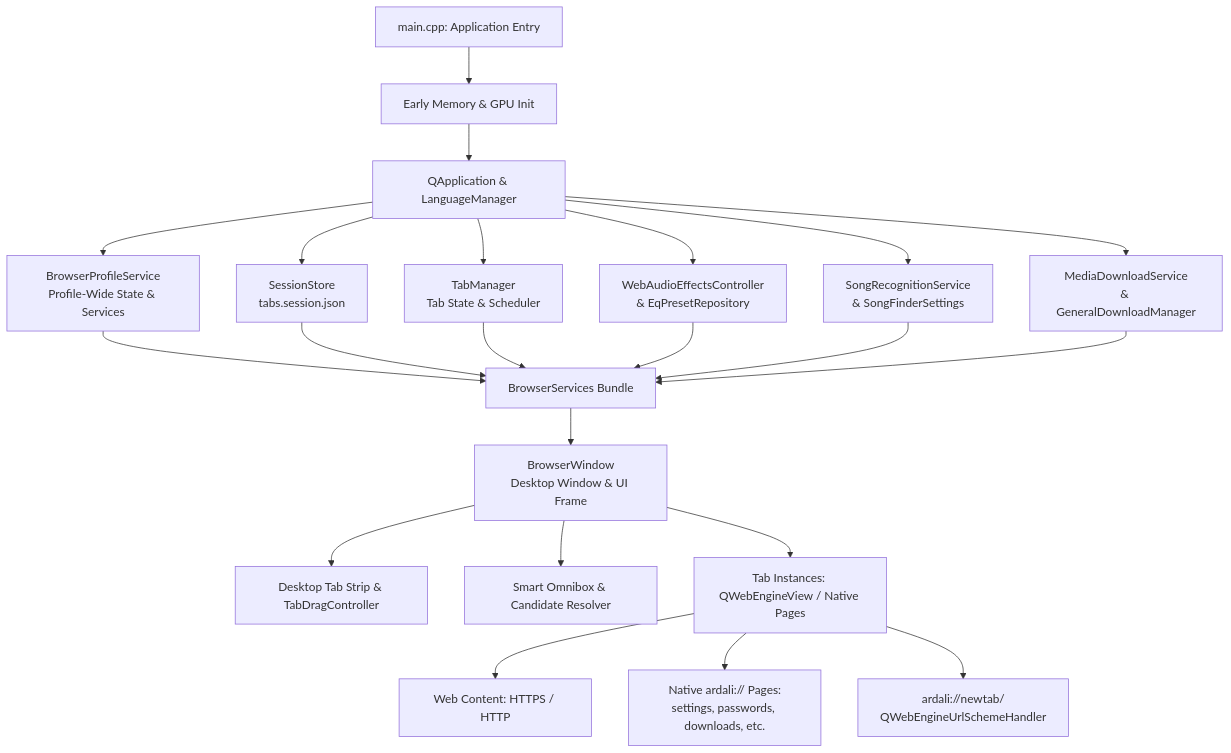
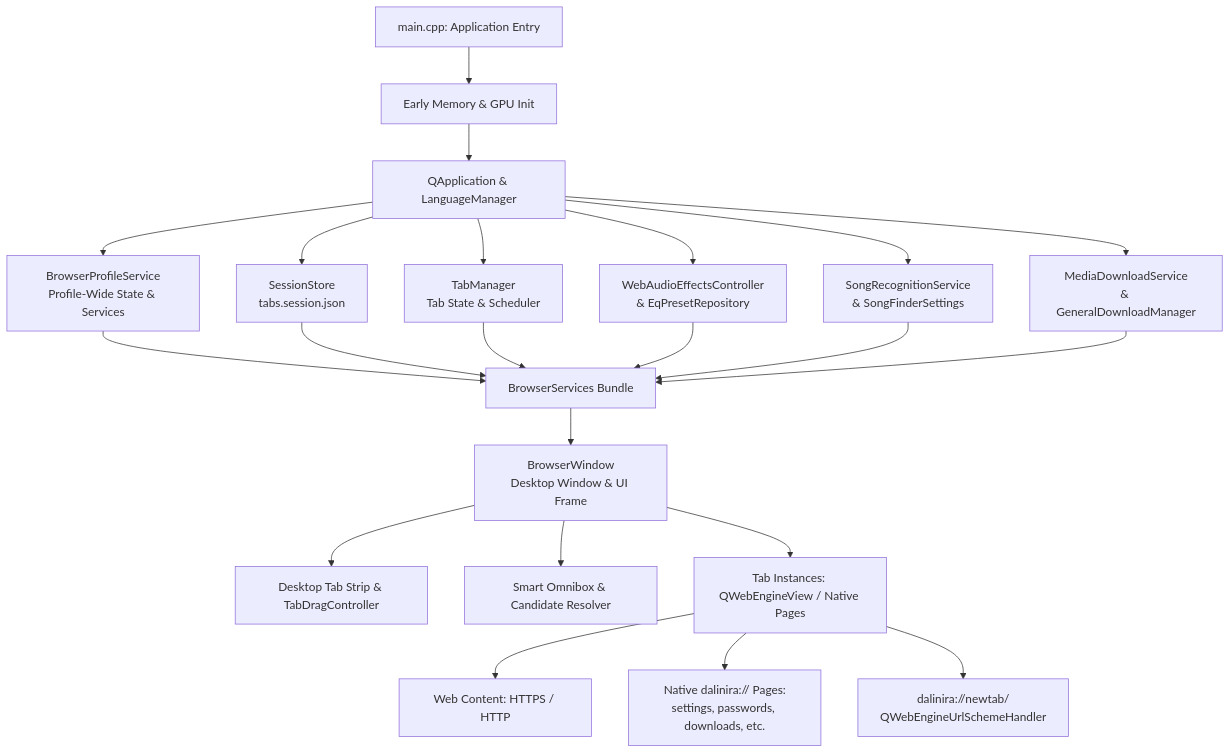
Before and after one commit to Muhammed-Dali/ArDali-Browser: the diagram in docs/ARCHITECTURE.md, drawn with Mermaid. The commit also changed other lines of this file and 312 other files, not shown here.

````diff
--- a/docs/ARCHITECTURE.md
+++ b/docs/ARCHITECTURE.md
@@ -11,27 +11,27 @@
 ```mermaid
 graph TD
     Main[main.cpp: Application Entry] --> Init[Early Memory & GPU Init]
     Init --> App[QApplication & LanguageManager]
     App --> BPS[BrowserProfileService\nProfile-Wide State & Services]
     App --> SS[SessionStore\ntabs.session.json]
     App --> TM[TabManager\nTab State & Scheduler]
     App --> Audio[WebAudioEffectsController\n& EqPresetRepository]
     App --> Pulse[SongRecognitionService\n& SongFinderSettings]
     App --> Media[MediaDownloadService\n& GeneralDownloadManager]
 
     BPS --> Services[BrowserServices Bundle]
     SS --> Services
     TM --> Services
     Audio --> Services
     Pulse --> Services
     Media --> Services
 
     Services --> BW[BrowserWindow\nDesktop Window & UI Frame]
     BW --> TabStrip[Desktop Tab Strip & TabDragController]
     BW --> Omni[Smart Omnibox & Candidate Resolver]
     BW --> Tabs[Tab Instances: QWebEngineView / Native Pages]
 
     Tabs --> ExtPages[Web Content: HTTPS / HTTP]
-    Tabs --> NativePages[Native ardali:// Pages:\nsettings, passwords, downloads, etc.]
-    Tabs --> NewTab[ardali://newtab/\nQWebEngineUrlSchemeHandler]
+    Tabs --> NativePages[Native dalinira:// Pages:\nsettings, passwords, downloads, etc.]
+    Tabs --> NewTab[dalinira://newtab/\nQWebEngineUrlSchemeHandler]
 ```
````
